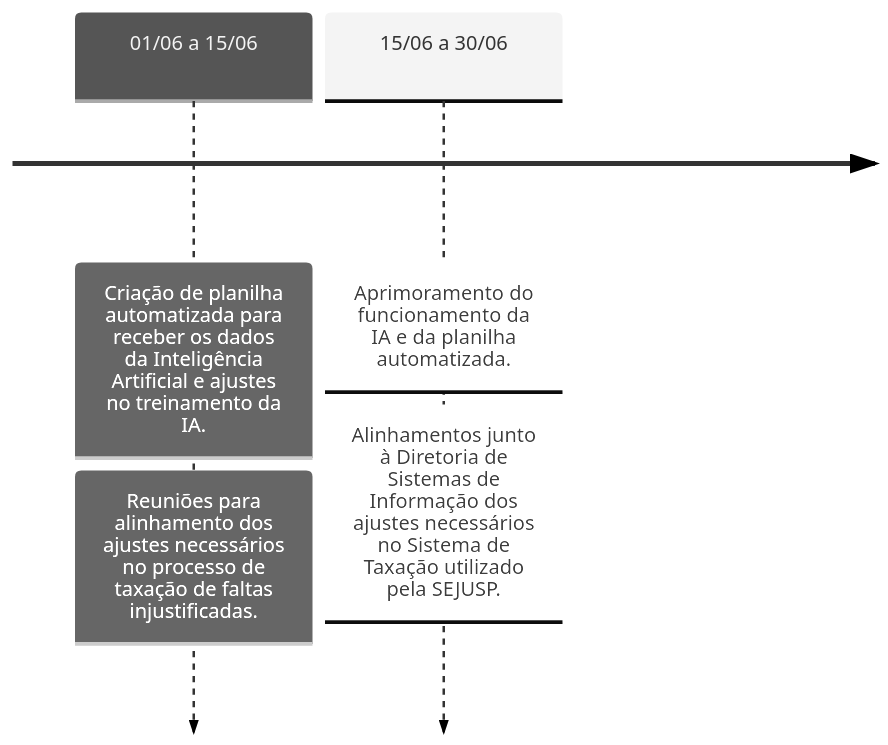
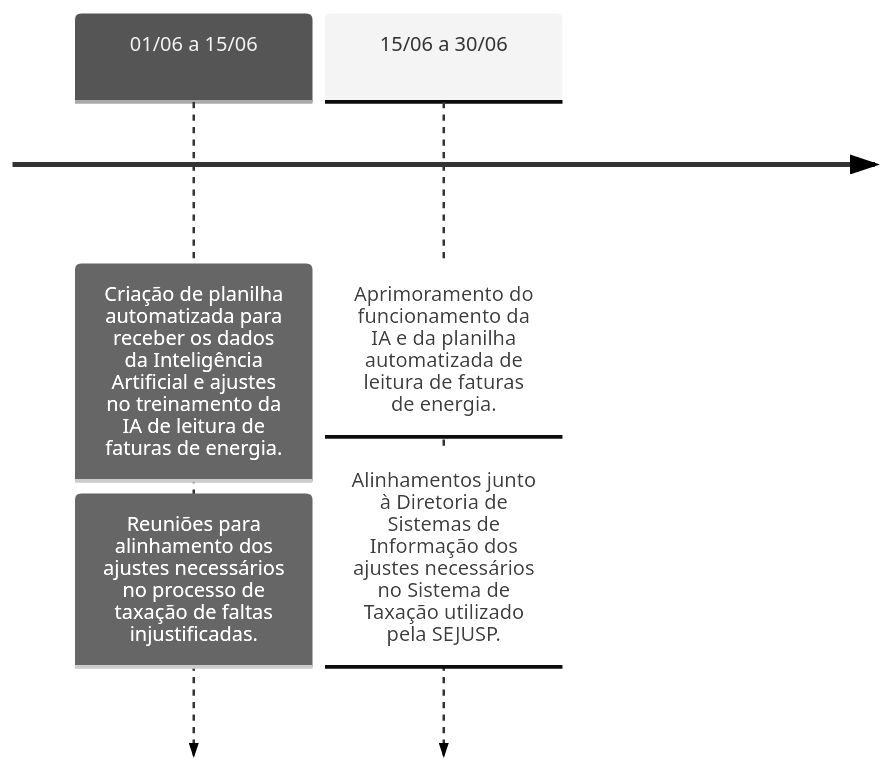
One commit to automatiza-mg/handbook changed the third of 4 diagrams in docs/linha_do_tempo/projeto_sejusp_sulot.md. Above: the diagram before and after it, drawn with Mermaid (neutral theme). The commit also changed other lines of this file, not shown here.

````diff
--- a/docs/linha_do_tempo/projeto_sejusp_sulot.md
+++ b/docs/linha_do_tempo/projeto_sejusp_sulot.md
@@ -37,7 +37,7 @@
     ```mermaid
     timeline
-        01/06 a 15/06 : Criação de planilha automatizada para receber os dados da Inteligência Artificial e ajustes no treinamento da IA.
+        01/06 a 15/06 : Criação de planilha automatizada para receber os dados da Inteligência Artificial e ajustes no treinamento da IA de leitura de faturas de energia.
                       : Reuniões para alinhamento dos ajustes necessários no processo de taxação de faltas injustificadas.
-        15/06 a 30/06 : Aprimoramento do funcionamento da IA e da planilha automatizada.
+        15/06 a 30/06 : Aprimoramento do funcionamento da IA e da planilha automatizada de leitura de faturas de energia.
                       : Alinhamentos junto à Diretoria de Sistemas de Informação dos ajustes necessários no Sistema de Taxação utilizado pela SEJUSP.          
     ```
````
